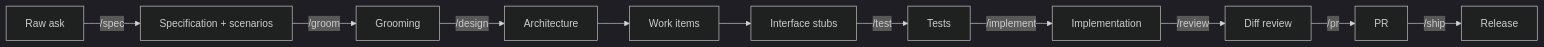
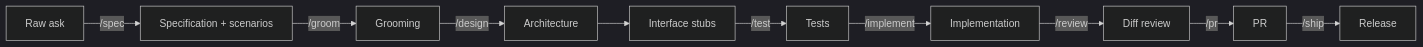
One commit to RLittlesII/agents changed the diagram in .agents/skills/sdd-conventions/SKILL.md. Above: the diagram before and after it, drawn with Mermaid (dark theme). The commit also changed other lines of this file and 10 other files, not shown here.

````diff
--- a/.agents/skills/sdd-conventions/SKILL.md
+++ b/.agents/skills/sdd-conventions/SKILL.md
@@ -35,13 +37,12 @@
 ```mermaid
 flowchart LR
     Ask[Raw ask] -->|/spec| Specification[Specification + scenarios]
     Specification -->|/groom| Grooming[Grooming]
     Grooming -->|/design| Architecture[Architecture]
-    Architecture --> Items[Work items]
-    Items --> Stubs[Interface stubs]
+    Architecture --> Stubs[Interface stubs]
     Stubs -->|/test| Tests[Tests]
     Tests -->|/implement| Implementation[Implementation]
     Implementation -->|/review| Review[Diff review]
     Review -->|/pr| PR[PR]
     PR -->|/ship| Release[Release]
 ```
````
